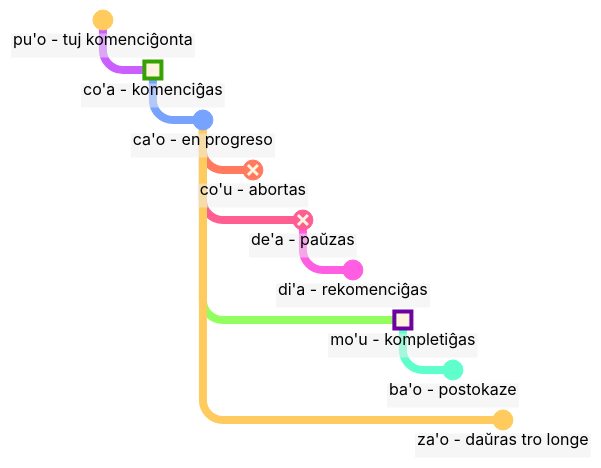
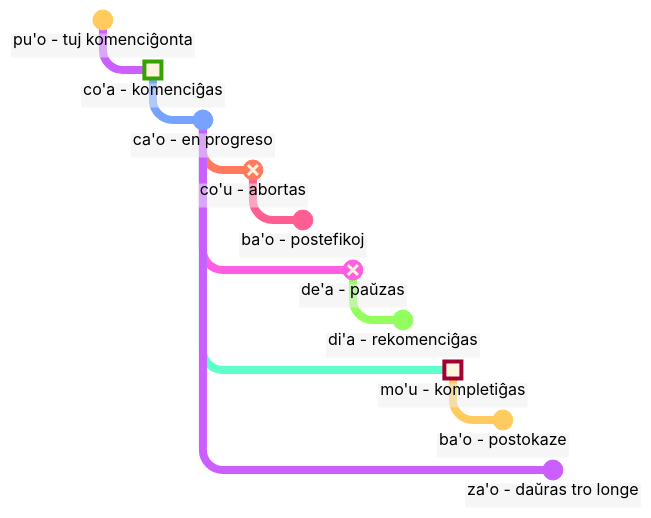
The diagram in data/pages/eo/books/learn-lojban/6.md (La-Lojban/lojban.pw), drawn with Mermaid before and after one commit. The commit also changed other lines of this file and 24 other files, not shown here.

````diff
--- a/data/pages/eo/books/learn-lojban/6.md
+++ b/data/pages/eo/books/learn-lojban/6.md
@@ -547,57 +560,61 @@
 ```mermaid
 %%{
     init: {
         'logLevel': 'debug',
         'theme': 'base',
         'themeVariables': {
                 'commitLabelColor': '#000',
                 'commitLabelBackground': '#eee',
                 'commitLabelFontSize': '16px',
                 'tagLabelFontSize': '14px'
         },
         'htmlLabels': true,
         'gitGraph': {
             'showCommitLabel':true,
             'mainBranchName': 'event',
             'rotateCommitLabel': false,
             'showBranches': false
         }
     }
 }%%
 
 gitGraph
     checkout event
     commit id: "pu'o - tuj komenciĝonta"
 
     checkout event
     branch start
     commit id: "co'a - komenciĝas" type:HIGHLIGHT
 
     checkout start
     branch progress
     commit id: "ca'o - en progreso"
 
     checkout progress
     branch stop
     commit id: "co'u - abortas" type: REVERSE
 
+    checkout stop
+    branch aftermathStop
+    commit id: "ba'o - postefikoj "
+
     checkout progress
     branch "pause"
     commit id: "de'a - paŭzas" type: REVERSE
 
     checkout "pause"
     branch resume
     commit id: "di'a - rekomenciĝas"
 
     checkout progress
     branch completion
     commit id: "mo'u - kompletiĝas" type: HIGHLIGHT
 
     checkout completion
     branch aftermath
     commit id: "ba'o - postokaze"
 
     checkout progress
     branch overdue
     commit id: "za'o - daŭras tro longe"
 ```
````
